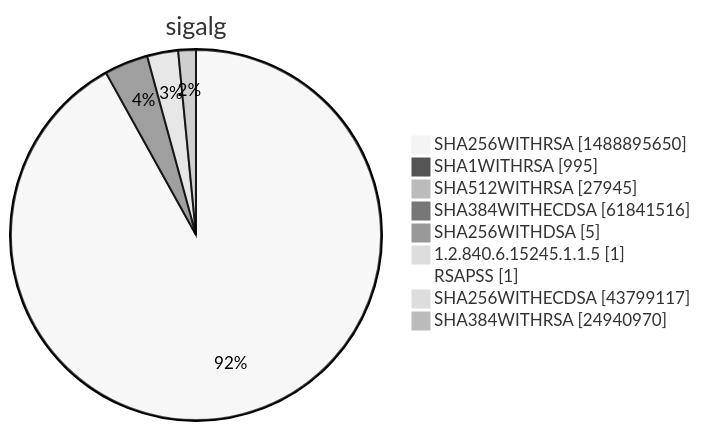
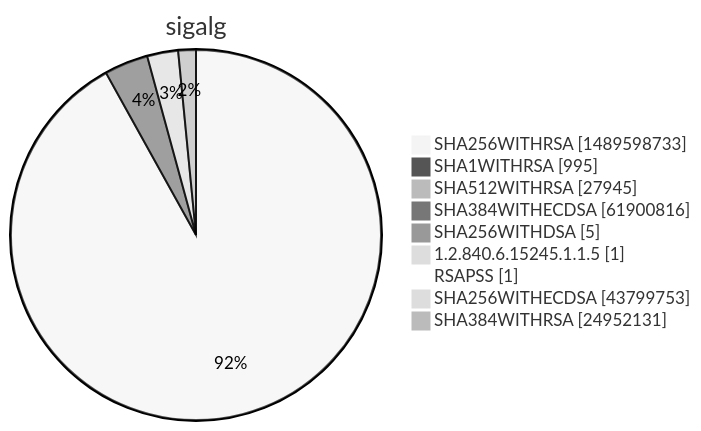
One commit to christiankrug/ctmonitor_visualization changed diagram 15 of 15 in xenon2022/README.md. Above: the diagram before and after it, drawn with Mermaid (neutral theme). The commit also changed other lines of this file, not shown here.

````diff
--- a/xenon2022/README.md
+++ b/xenon2022/README.md
@@ -5863,13 +5864,13 @@
 ```mermaid
 pie showData
 title sigalg
-"SHA256WITHRSA" :1488895650
+"SHA256WITHRSA" :1489598733
 "SHA1WITHRSA" :995
 "SHA512WITHRSA" :27945
-"SHA384WITHECDSA" :61841516
+"SHA384WITHECDSA" :61900816
 "SHA256WITHDSA" :5
 "1.2.840.6.15245.1.1.5" :1
 "RSAPSS" :1
-"SHA256WITHECDSA" :43799117
-"SHA384WITHRSA" :24940970
+"SHA256WITHECDSA" :43799753
+"SHA384WITHRSA" :24952131
 ```
````
